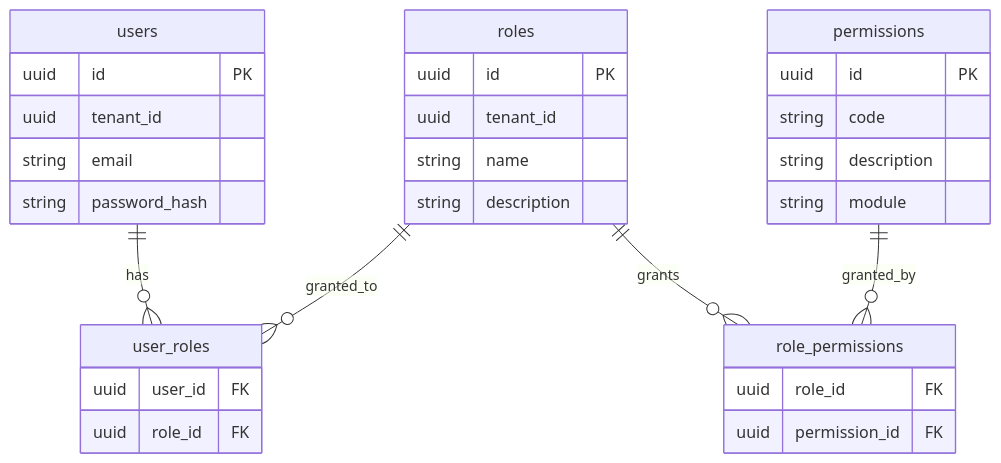
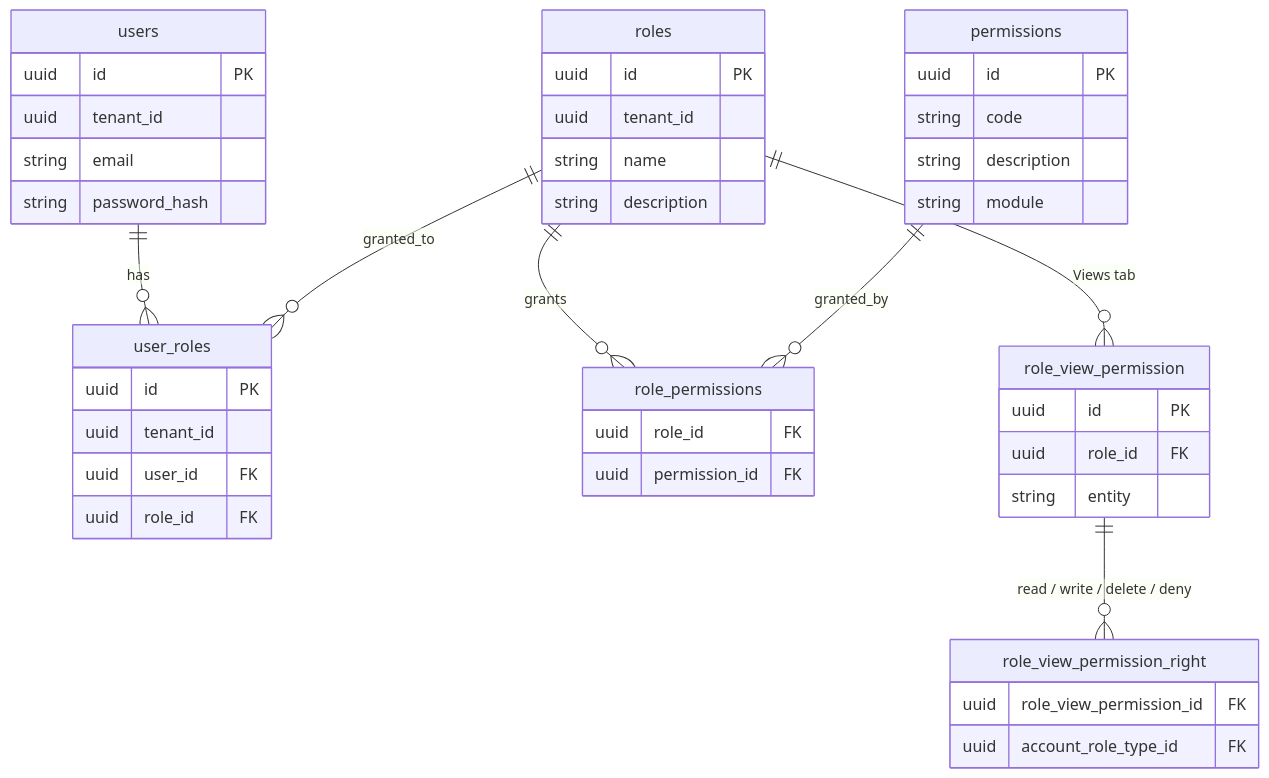
One commit to noiia/EERP-Documentation-Wiki changed the second of 3 diagrams in docs/core/permissions.md. Above: the diagram before and after it, drawn with Mermaid. The commit also changed other lines of this file and 61 other files, not shown here.

````diff
--- a/docs/core/permissions.md
+++ b/docs/core/permissions.md
@@ -138,34 +138,47 @@
 ```mermaid
 erDiagram
     users {
         uuid id PK
         uuid tenant_id
         string email
         string password_hash
     }
     roles {
         uuid id PK
         uuid tenant_id
         string name
         string description
     }
     permissions {
         uuid id PK
         string code
         string description
         string module
     }
     user_roles {
+        uuid id PK
+        uuid tenant_id
         uuid user_id FK
         uuid role_id FK
     }
     role_permissions {
         uuid role_id FK
         uuid permission_id FK
     }
+    role_view_permission {
+        uuid id PK
+        uuid role_id FK
+        string entity
+    }
+    role_view_permission_right {
+        uuid role_view_permission_id FK
+        uuid account_role_type_id FK
+    }
 
     users ||--o{ user_roles : has
     roles ||--o{ user_roles : granted_to
     roles ||--o{ role_permissions : grants
     permissions ||--o{ role_permissions : granted_by
+    roles ||--o{ role_view_permission : "Views tab"
+    role_view_permission ||--o{ role_view_permission_right : "read / write / delete / deny"
 ```
````
